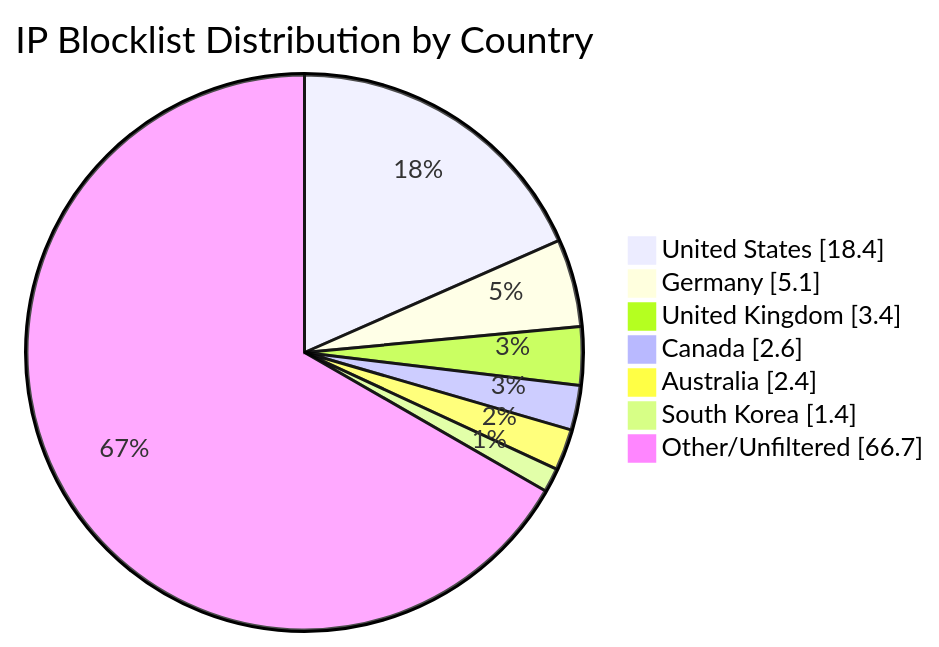
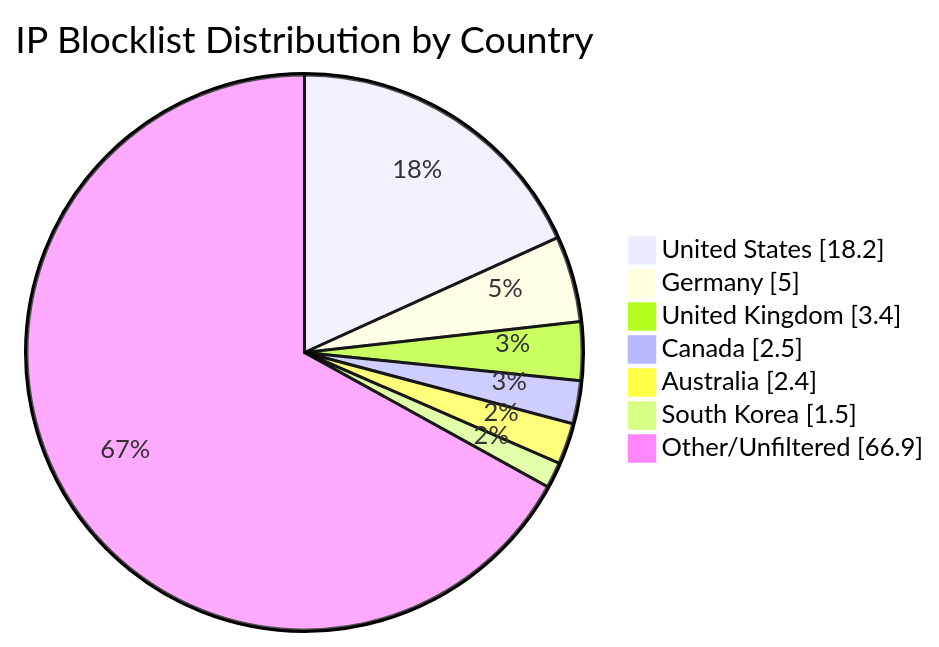
The diagram in README.md (MarcusHoltz/ipblocklist-geofiltered-aggregator), drawn with Mermaid before and after one commit. The commit also changed other lines of this file and 9 other files, not shown here.

````diff
--- a/README.md
+++ b/README.md
@@ -34,10 +34,10 @@
 ```mermaid
 pie showData title IP Blocklist Distribution by Country
-"United States" : 18.4
-"Germany" : 5.1
+"United States" : 18.2
+"Germany" : 5.0
 "United Kingdom" : 3.4
-"Canada" : 2.6
+"Canada" : 2.5
 "Australia" : 2.4
-"South Korea" : 1.4
-"Other/Unfiltered" : 66.7
+"South Korea" : 1.5
+"Other/Unfiltered" : 66.9
 ```
````
